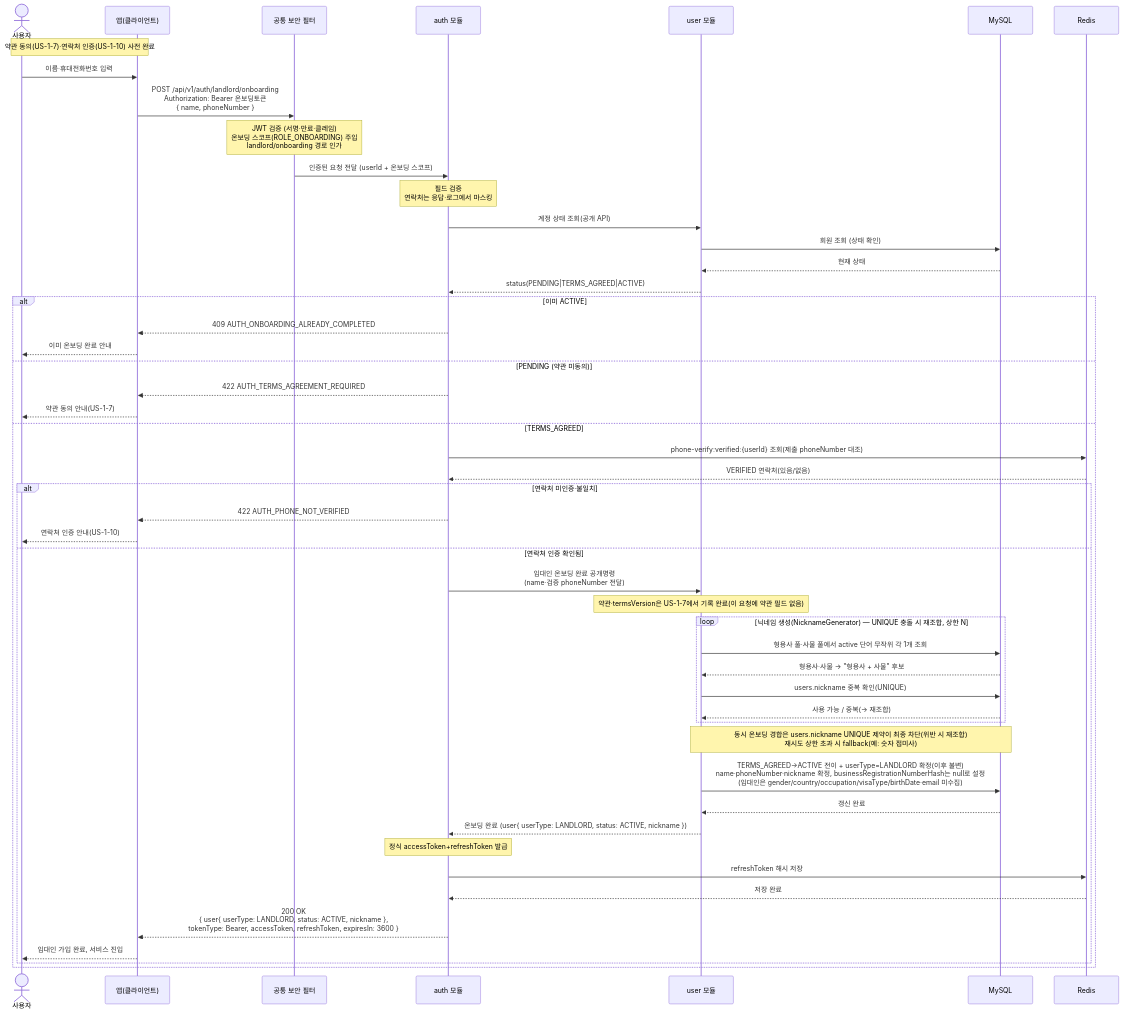
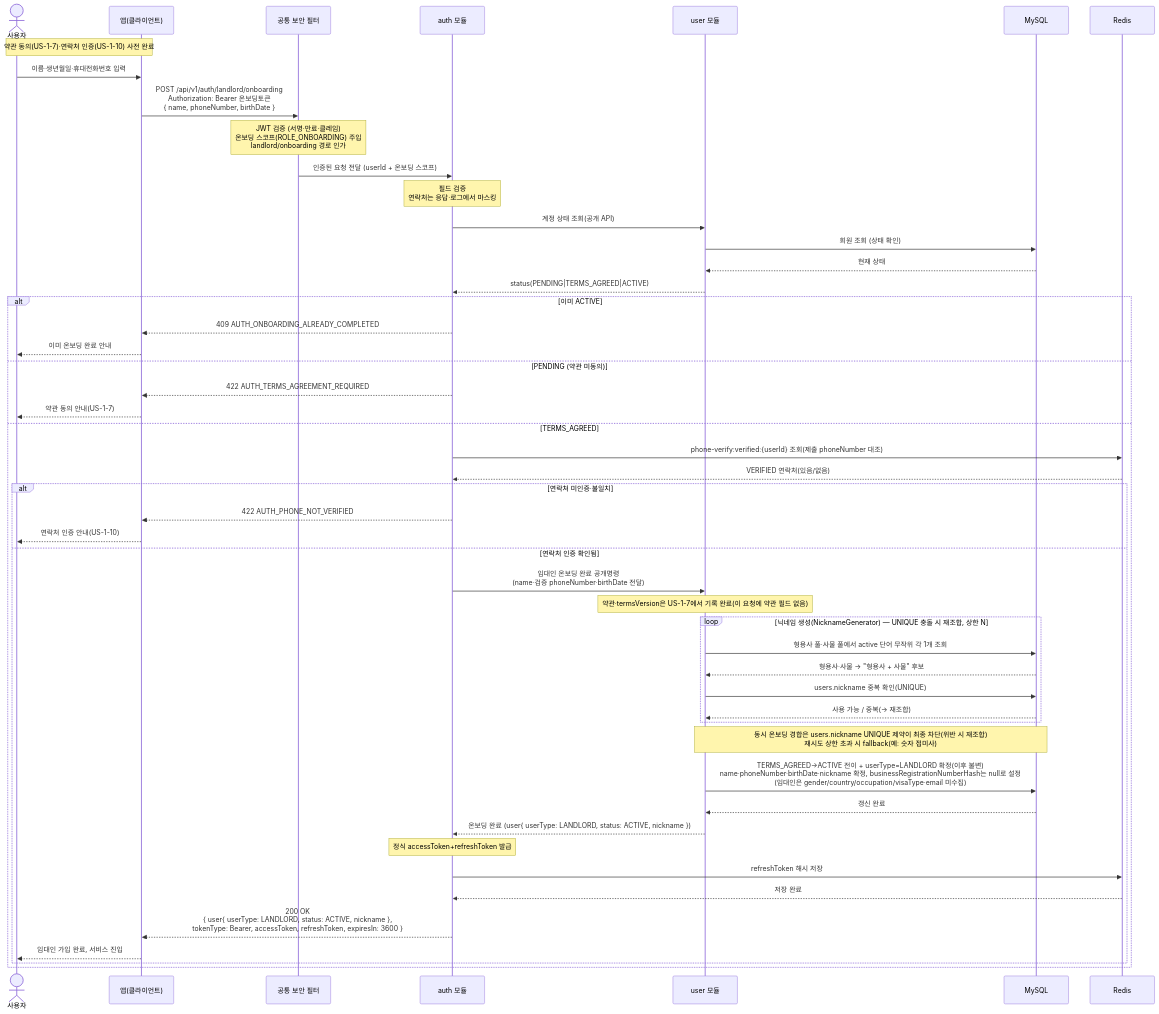
One commit to jameskim9509/Kohere-backend changed the diagram in docs/architecture/sequence-diagrams/01-auth-onboarding/us-1-9-landlord-onboarding.md. Above: the diagram before and after it, drawn with Mermaid. The commit also changed other lines of this file and 8 other files, not shown here.

First line of the commit message:
docs(auth): 임대인 온보딩·프로필에 생년월일 수집 반영

````diff
--- a/docs/architecture/sequence-diagrams/01-auth-onboarding/us-1-9-landlord-onboarding.md
+++ b/docs/architecture/sequence-diagrams/01-auth-onboarding/us-1-9-landlord-onboarding.md
@@ -7,53 +7,53 @@
 ```mermaid
 sequenceDiagram
     actor U as 사용자
     participant C as 앱(클라이언트)
     participant SEC as 공통 보안 필터
     participant AUTH as auth 모듈
     participant USER as user 모듈
     participant SQL as MySQL
     participant RDS as Redis
 
     Note over U,C: 약관 동의(US-1-7)·연락처 인증(US-1-10) 사전 완료
-    U->>C: 이름·휴대전화번호 입력
-    C->>SEC: POST /api/v1/auth/landlord/onboarding<br/>Authorization: Bearer 온보딩토큰<br/>{ name, phoneNumber }
+    U->>C: 이름·생년월일·휴대전화번호 입력
+    C->>SEC: POST /api/v1/auth/landlord/onboarding<br/>Authorization: Bearer 온보딩토큰<br/>{ name, phoneNumber, birthDate }
     Note over SEC: JWT 검증 (서명·만료·클레임)<br/>온보딩 스코프(ROLE_ONBOARDING) 주입<br/>landlord/onboarding 경로 인가
     SEC->>AUTH: 인증된 요청 전달 (userId + 온보딩 스코프)
     Note over AUTH: 필드 검증<br/>연락처는 응답·로그에서 마스킹
     AUTH->>USER: 계정 상태 조회(공개 API)
     USER->>SQL: 회원 조회 (상태 확인)
     SQL-->>USER: 현재 상태
     USER-->>AUTH: status(PENDING|TERMS_AGREED|ACTIVE)
     alt 이미 ACTIVE
         AUTH-->>C: 409 AUTH_ONBOARDING_ALREADY_COMPLETED
         C-->>U: 이미 온보딩 완료 안내
     else PENDING (약관 미동의)
         AUTH-->>C: 422 AUTH_TERMS_AGREEMENT_REQUIRED
         C-->>U: 약관 동의 안내(US-1-7)
     else TERMS_AGREED
         AUTH->>RDS: phone-verify:verified:{userId} 조회(제출 phoneNumber 대조)
         RDS-->>AUTH: VERIFIED 연락처(있음/없음)
         alt 연락처 미인증·불일치
             AUTH-->>C: 422 AUTH_PHONE_NOT_VERIFIED
             C-->>U: 연락처 인증 안내(US-1-10)
         else 연락처 인증 확인됨
-            AUTH->>USER: 임대인 온보딩 완료 공개명령<br/>(name·검증 phoneNumber 전달)
+            AUTH->>USER: 임대인 온보딩 완료 공개명령<br/>(name·검증 phoneNumber·birthDate 전달)
             Note over USER: 약관·termsVersion은 US-1-7에서 기록 완료(이 요청에 약관 필드 없음)
             loop 닉네임 생성(NicknameGenerator) — UNIQUE 충돌 시 재조합, 상한 N
                 USER->>SQL: 형용사 풀·사물 풀에서 active 단어 무작위 각 1개 조회
                 SQL-->>USER: 형용사·사물 → "형용사 + 사물" 후보
                 USER->>SQL: users.nickname 중복 확인(UNIQUE)
                 SQL-->>USER: 사용 가능 / 중복(→ 재조합)
             end
             Note over USER,SQL: 동시 온보딩 경합은 users.nickname UNIQUE 제약이 최종 차단(위반 시 재조합)<br/>재시도 상한 초과 시 fallback(예: 숫자 접미사)
-            USER->>SQL: TERMS_AGREED→ACTIVE 전이 + userType=LANDLORD 확정(이후 불변)<br/>name·phoneNumber·nickname 확정, businessRegistrationNumberHash는 null로 설정<br/>(임대인은 gender/country/occupation/visaType/birthDate·email 미수집)
+            USER->>SQL: TERMS_AGREED→ACTIVE 전이 + userType=LANDLORD 확정(이후 불변)<br/>name·phoneNumber·birthDate·nickname 확정, businessRegistrationNumberHash는 null로 설정<br/>(임대인은 gender/country/occupation/visaType·email 미수집)
             SQL-->>USER: 갱신 완료
             USER-->>AUTH: 온보딩 완료 (user{ userType: LANDLORD, status: ACTIVE, nickname })
             Note over AUTH: 정식 accessToken+refreshToken 발급
             AUTH->>RDS: refreshToken 해시 저장
             RDS-->>AUTH: 저장 완료
             AUTH-->>C: 200 OK<br/>{ user{ userType: LANDLORD, status: ACTIVE, nickname },<br/>tokenType: Bearer, accessToken, refreshToken, expiresIn: 3600 }
             C-->>U: 임대인 가입 완료, 서비스 진입
         end
     end
 ```
````
